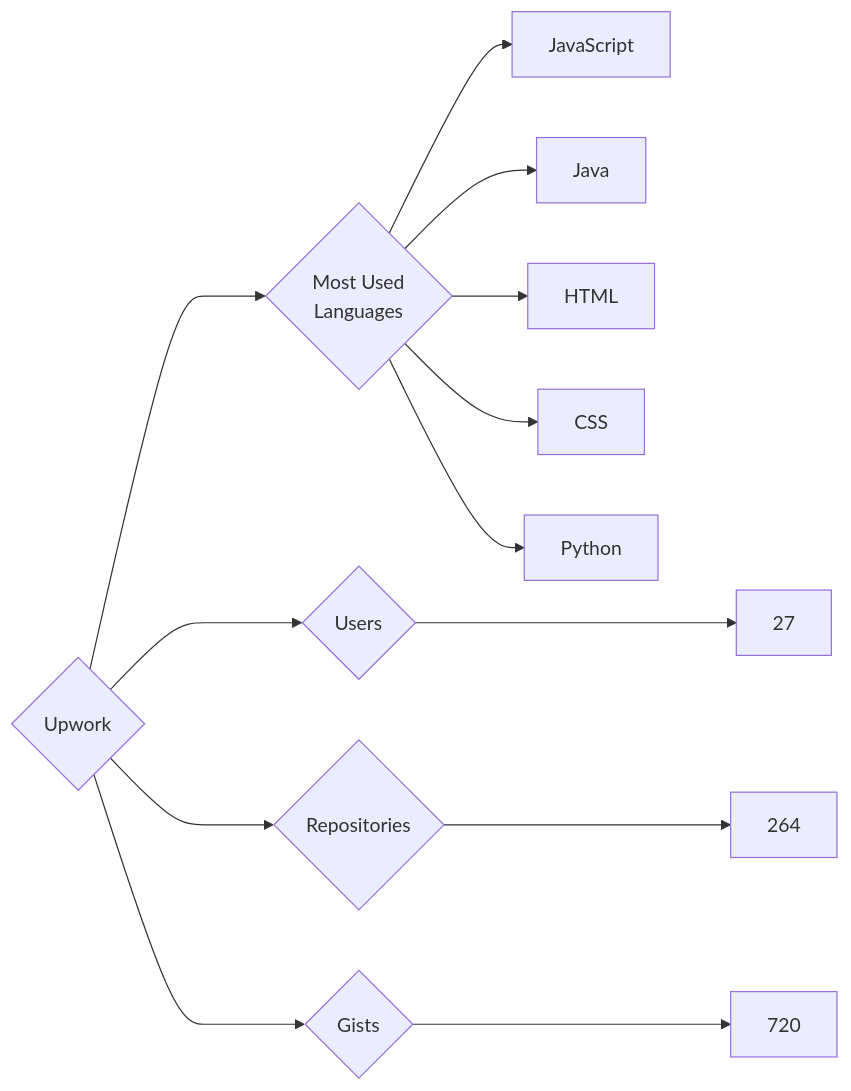
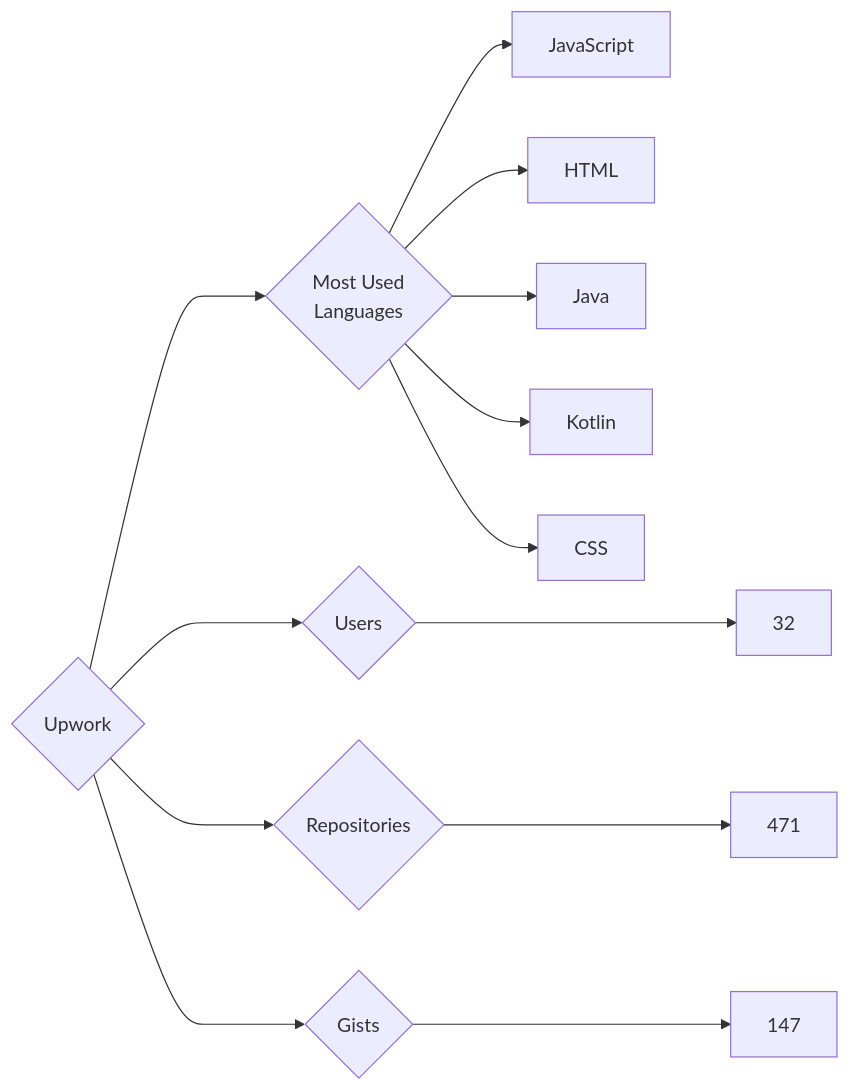
The diagram in targets/Upwork/README.md (trickest/insiders), drawn with Mermaid before and after one commit. The commit also changed 898 other files, not shown here.

````diff
--- a/targets/Upwork/README.md
+++ b/targets/Upwork/README.md
@@ -3,13 +3,13 @@
 ```mermaid
 graph LR
 COMPANY_NAME{Upwork}
-COMPANY_NAME ---> U{Users} ---> UN[27]
-COMPANY_NAME ---> R{Repositories} ---> RN[264]
-COMPANY_NAME ---> G{Gists} ---> GN[720]
+COMPANY_NAME ---> U{Users} ---> UN[32]
+COMPANY_NAME ---> R{Repositories} ---> RN[471]
+COMPANY_NAME ---> G{Gists} ---> GN[147]
 COMPANY_NAME ---> ML{Most Used<br>Languages}
 ML --> JavaScript[JavaScript]
+ML --> HTML[HTML]
 ML --> Java[Java]
-ML --> HTML[HTML]
+ML --> Kotlin[Kotlin]
 ML --> CSS[CSS]
-ML --> Python[Python]
 ```
````
